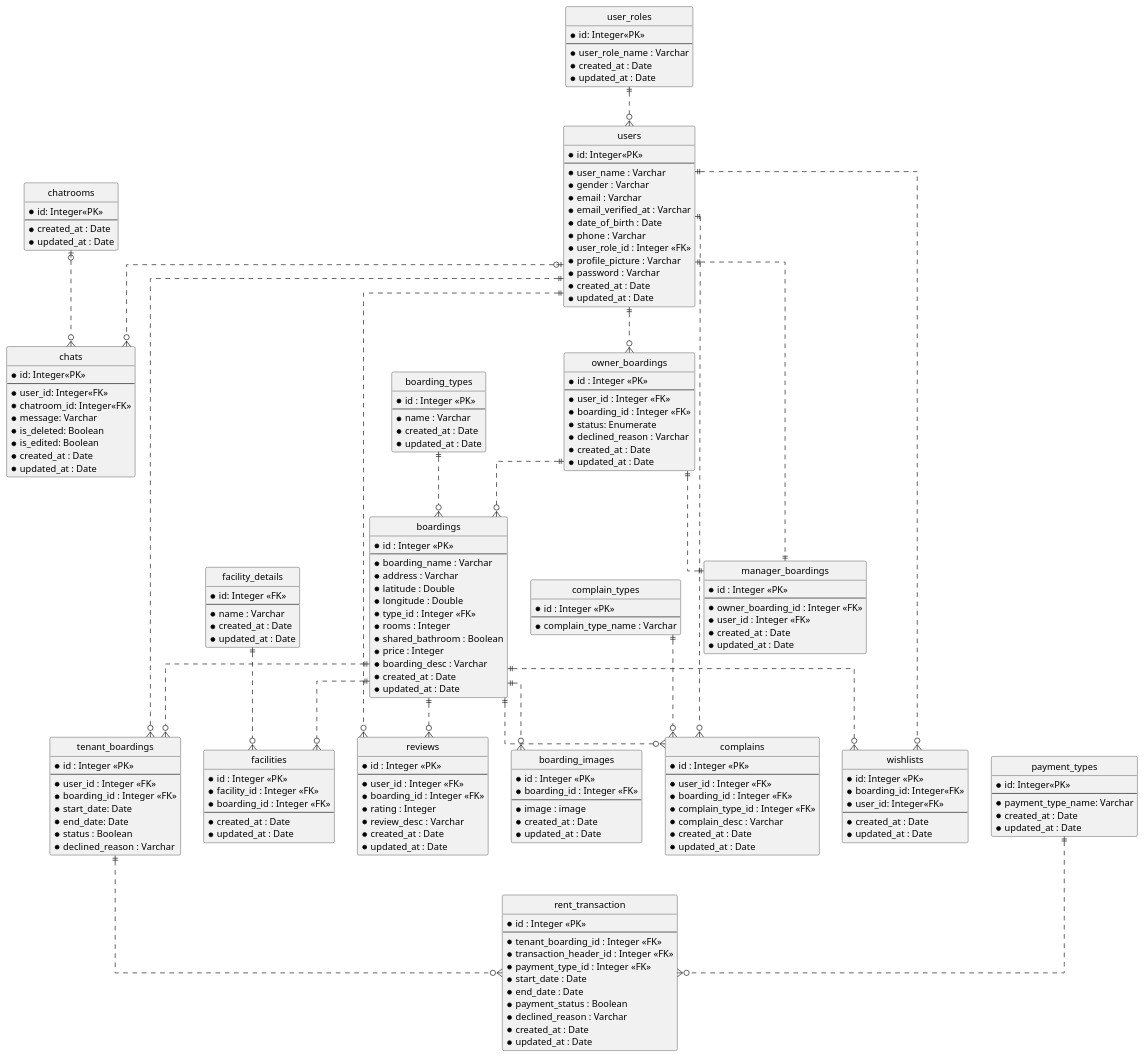
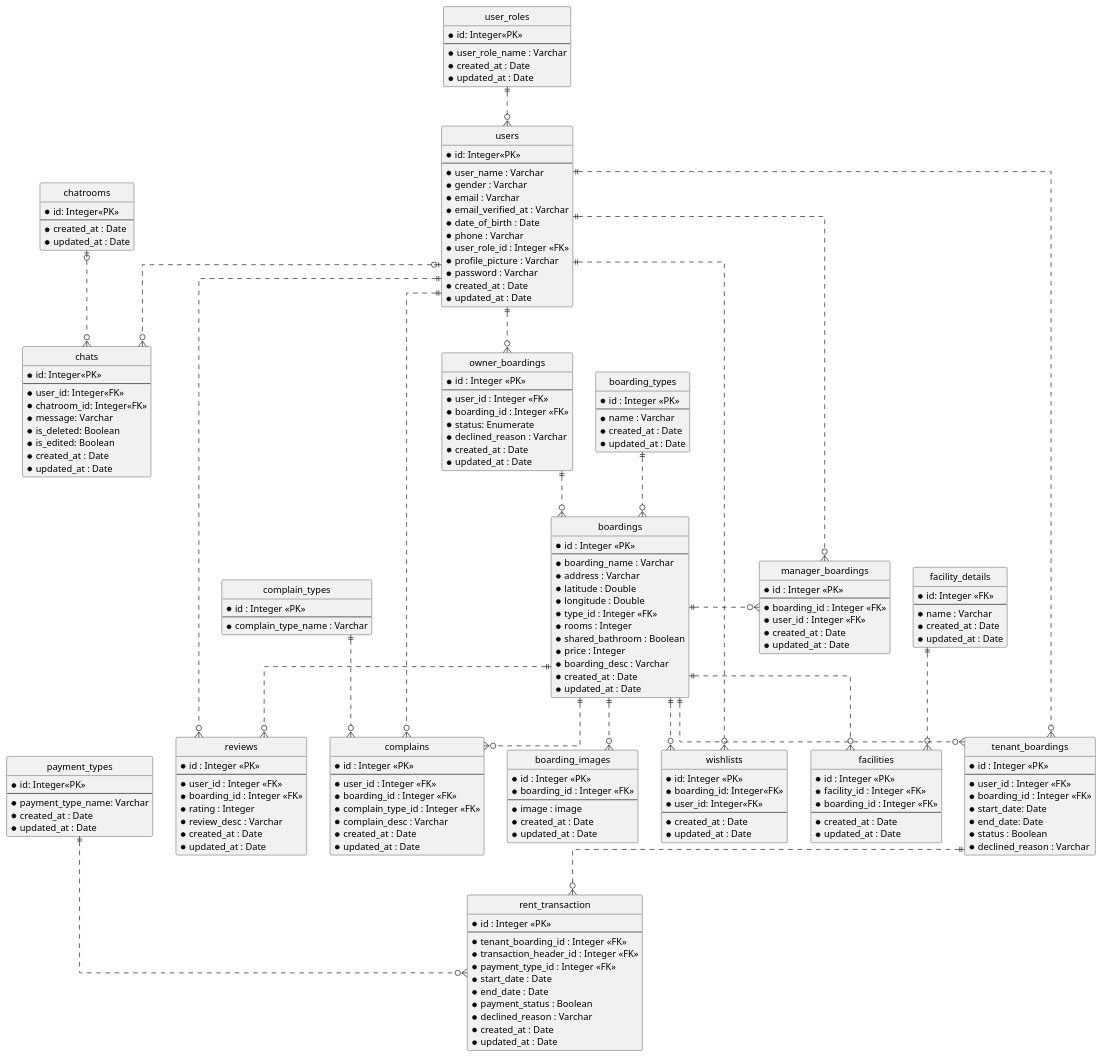
Before and after one commit to AntWort21/BHFMS: the diagram in Design/BHFMS_ERD.puml, drawn with PlantUML. The commit also changed 43 other files, not shown here.

```diff
--- a/Design/BHFMS_ERD.puml
+++ b/Design/BHFMS_ERD.puml
@@ -128,7 +128,7 @@
 entity "manager_boardings" as mabh {
   *id : Integer <<PK>>
   --
-  *owner_boarding_id : Integer <<FK>>
+  *boarding_id : Integer <<FK>>
   *user_id : Integer <<FK>>
   *created_at : Date
   *updated_at : Date
@@ -213,8 +213,9 @@
 usr ||..o{ lobh
 lobh ||..o{ bh
 
-usr ||..|| mabh
-lobh ||..|| mabh
+usr ||..o{ mabh
+bh ||.o{ mabh
+' lobh ||..|| mabh
 
 usr ||..o{ rvw
 bh ||..o{ rvw
```
